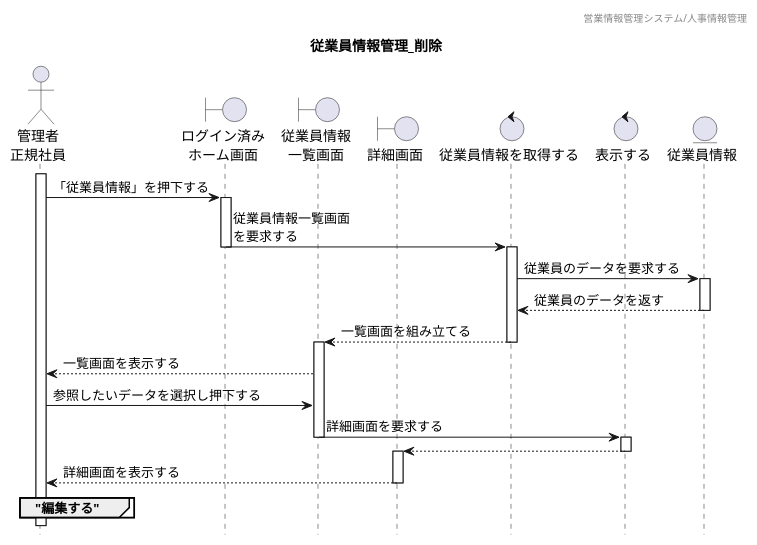
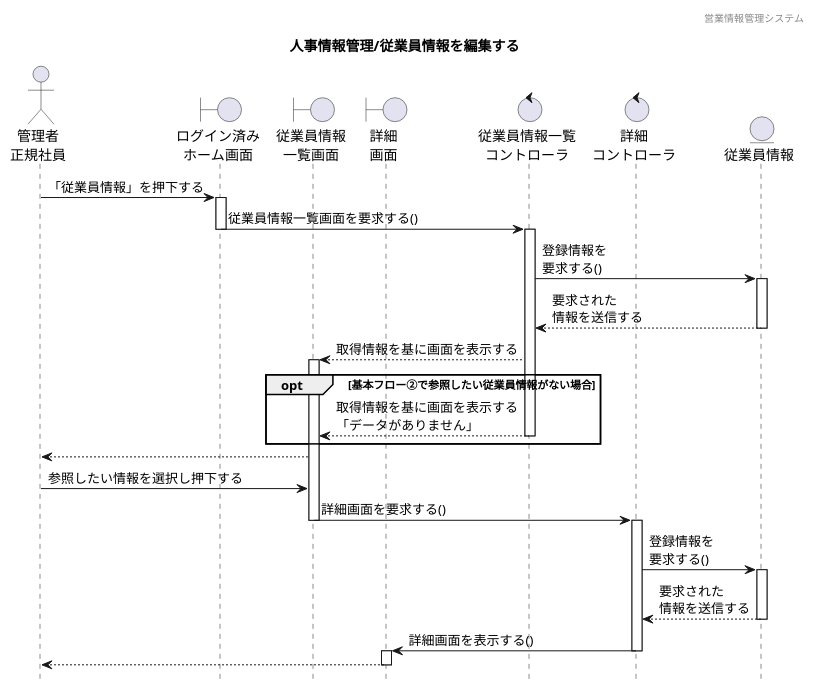
The diagram in 各種設計書/4シーケンス図/マスタ管理/1.従業員情報マスタ/未_従業員情報管理_編集.plantuml (HaruShim/Sotuken), drawn with PlantUML before and after one commit. The commit also changed 2 other files, not shown here.

```diff
--- a/各種設計書/4シーケンス図/マスタ管理/1.従業員情報マスタ/未_従業員情報管理_編集.plantuml
+++ b/各種設計書/4シーケンス図/マスタ管理/1.従業員情報マスタ/未_従業員情報管理_編集.plantuml
@@ -1,59 +1,66 @@
 @startuml シーケンス図
+
 ' 下アイコン除去
 hide footbox
 ' ヘッダー
-header 営業情報管理システム/人事情報管理
+header 営業情報管理システム
 ' タイトル
-title 従業員情報管理_削除
+title 人事情報管理/従業員情報を編集する
 
 
-' アイコン
+' actor "" as 
 actor "管理者\n正規社員" as a1
+
+' boundary "" as 
 boundary "ログイン済み\nホーム画面" as b1
 boundary "従業員情報\n一覧画面" as b2
-boundary "詳細画面" as b3
-control "従業員情報を取得する" as c1
-control "表示する" as c2
+boundary "詳細\n画面" as b3
+
+' control "" as 
+control "従業員情報一覧\nコントローラ" as c1
+control "詳細\nコントローラ" as c2
+
+' entity "" as
 entity "従業員情報" as e1
 
 
-
 ' ログイン済みホーム画面から一覧表示までのシーケンス
-activate a1
 a1 -> b1 : 「従業員情報」を押下する
 activate b1
-b1 -> c1 : 従業員情報一覧画面\nを要求する
-deactivate
+b1 -> c1 : 従業員情報一覧画面を要求する()
+deactivate b1
 activate c1
+c1 -> e1 : 登録情報を\n要求する()
+activate e1
+c1 <-- e1 : 要求された\n情報を送信する
+deactivate e1
+b2 <-- c1 : 取得情報を基に画面を表示する
+activate b2
 
-c1 -> e1 : 従業員のデータを要求する
-activate e1
-c1 <-- e1 : 従業員のデータを返す
-deactivate
-b2 <-- c1 : 一覧画面を組み立てる
-deactivate
+' 代替フロー
+opt 基本フロー②で参照したい従業員情報がない場合
+b2 <-- c1 : 取得情報を基に画面を表示する\n「データがありません」
+deactivate c1
+end
+
 activate b2
-a1 <-- b2 : 一覧画面を表示する
+a1 <-- b2
+a1 -> b2 : 参照したい情報を選択し押下する
+b2 -> c2 : 詳細画面を要求する()
+deactivate b2
+activate c2
 
 
-' 詳細画面表示までのシーケンス
-a1 -> b2 : 参照したいデータを選択し押下する
-b2 -> c2 : 詳細画面を要求する
-deactivate
-activate c2
-b3 <-- c2
-deactivate
+c2 -> e1 : 登録情報を\n要求する()
+activate e1
+c2 <-- e1 : 要求された\n情報を送信する
+deactivate e1
+b3 <- c2 : 詳細画面を表示する()
+deactivate c2
 activate b3
-a1 <-- b3 : 詳細画面を表示する
-deactivate
-
-
-' 従業員情報を削除するシーケンス
-group "編集する"
+a1 <-- b3
+deactivate b3
 
 
 
-end
-
-
 @enduml
```
